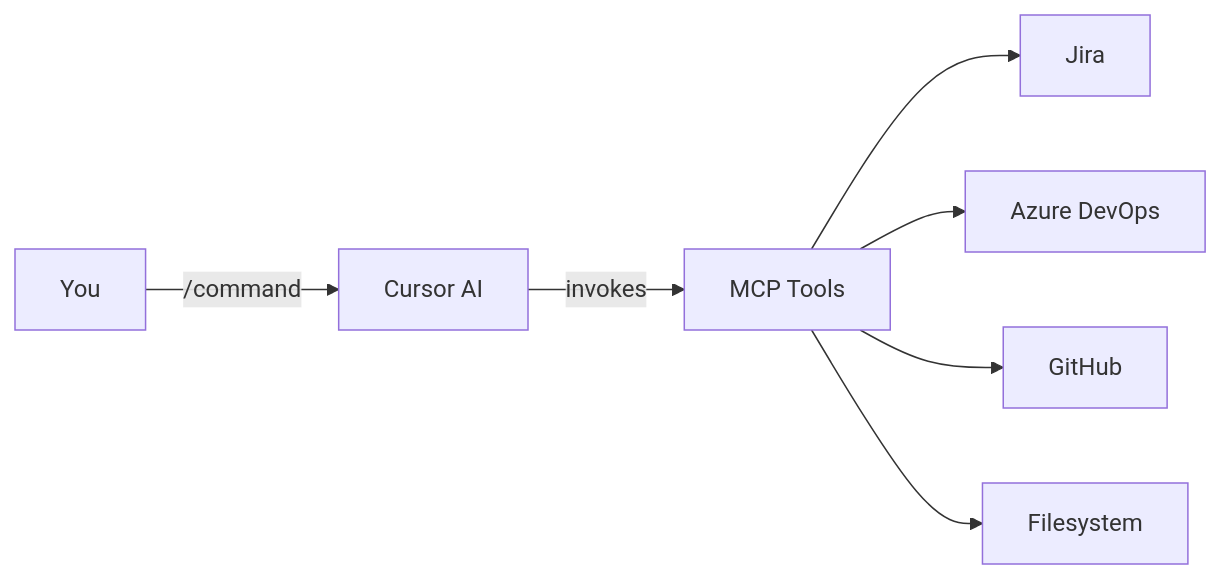
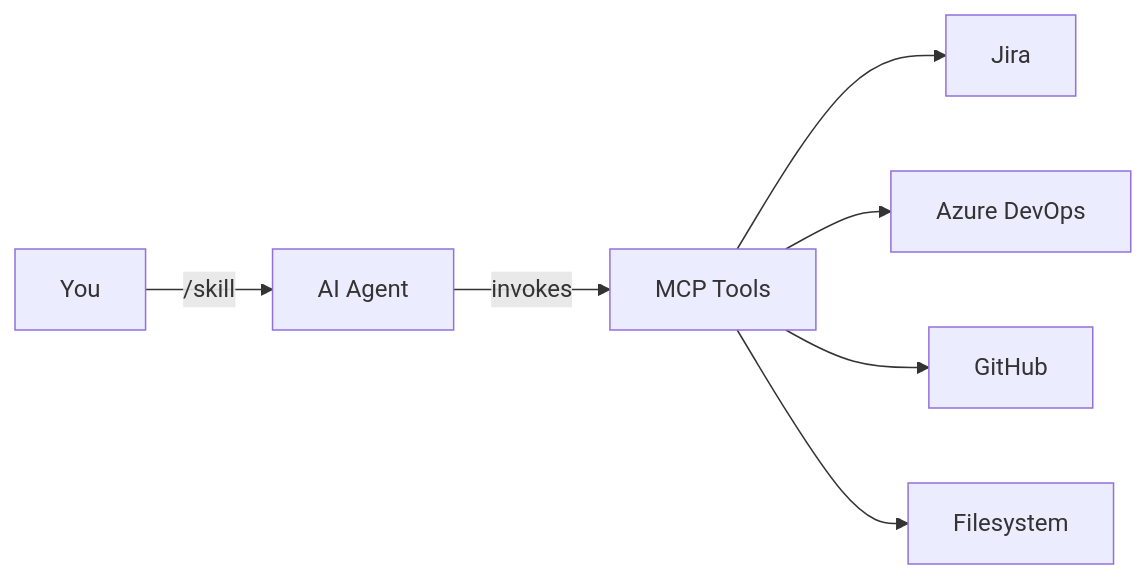
One commit to fancybread-com/sdlc-workflow-skills changed the diagram in docs/index.md. Above: the diagram before and after it, drawn with Mermaid. The commit also changed other lines of this file and 61 other files, not shown here.

````diff
--- a/docs/index.md
+++ b/docs/index.md
@@ -104,10 +103,10 @@
 ```mermaid
 graph LR
-    A[You] -->|/command| B[Cursor AI]
+    A[You] -->|/skill| B[AI Agent]
     B -->|invokes| C[MCP Tools]
     C --> D[Jira]
     C --> E[Azure DevOps]
     C --> F[GitHub]
     C --> G[Filesystem]
 
 ```
````
